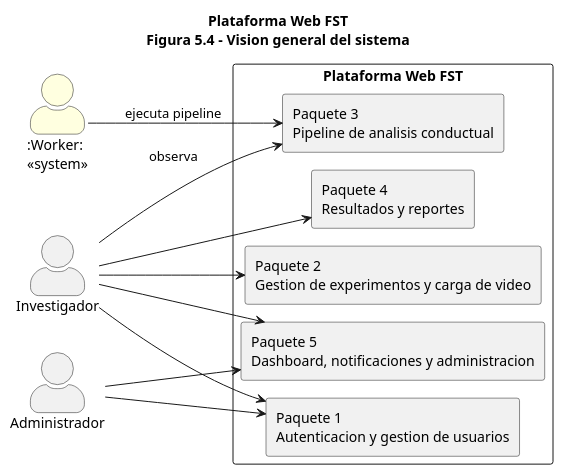
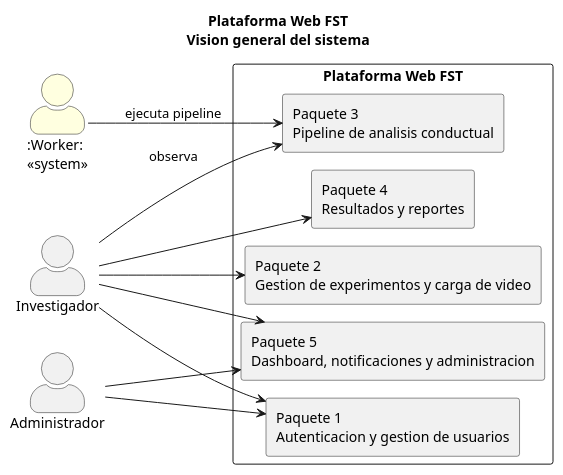
The diagram in diagramas/puml/cu_vision_general.puml (ErickJester/fst-ai-system-latex), drawn with PlantUML before and after one commit. The commit also changed 7 other files, not shown here.

First line of the commit message:
Corregir los 6 diagramas de casos de uso y sus textos contra el modelo vigente

```diff
--- a/diagramas/puml/cu_vision_general.puml
+++ b/diagramas/puml/cu_vision_general.puml
@@ -1,29 +1,29 @@
 @startuml
 !pragma layout smetana
-title Plataforma Web FST\nFigura 5.4 - Vision general del sistema
+title Plataforma Web FST\nVision general del sistema
 left to right direction
 skinparam packageStyle rectangle
 skinparam actorStyle awesome
 skinparam usecase {
   BackgroundColor White
   BorderColor DarkSlateGray
 }
 actor "Investigador" as INV
 actor "Administrador" as ADMIN
 actor ":Worker:\n<<system>>" as WRK #LightYellow
 rectangle "Plataforma Web FST" {
   rectangle "Paquete 1\nAutenticacion y gestion de usuarios" as P1
   rectangle "Paquete 2\nGestion de experimentos y carga de video" as P2
   rectangle "Paquete 3\nPipeline de analisis conductual" as P3
   rectangle "Paquete 4\nResultados y reportes" as P4
   rectangle "Paquete 5\nDashboard, notificaciones y administracion" as P5
 }
 INV --> P1
 INV --> P2
 INV --> P3 : observa
 INV --> P4
 INV --> P5
 ADMIN --> P1
 ADMIN --> P5
 WRK --> P3 : ejecuta pipeline
 @enduml
```
